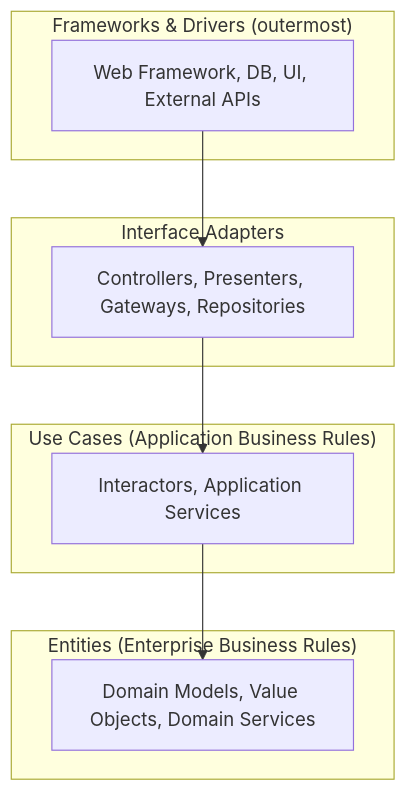
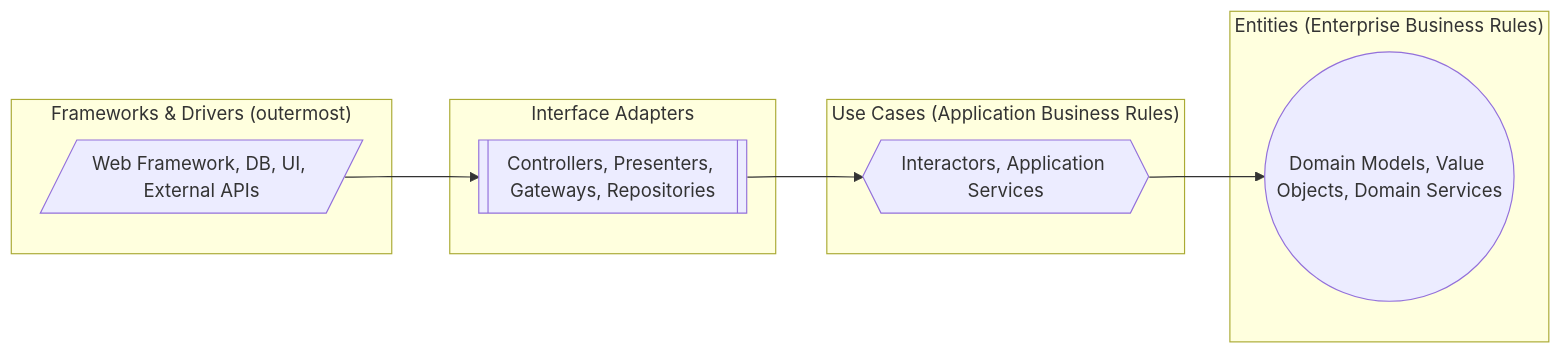
The first of 4 diagrams in docs/misc/clean-architecture.md (saivamsikaruturi/vamsilabs-dev-notes-main), drawn with Mermaid before and after one commit. The commit also changed 146 other files, not shown here.

Commit message:
Horizontal diagrams, UML class diagrams, typography overhaul, and permalink cleanup

````diff
--- a/docs/misc/clean-architecture.md
+++ b/docs/misc/clean-architecture.md
@@ -18,19 +18,19 @@
 ```mermaid
-graph TB
+flowchart LR
     subgraph "Frameworks & Drivers (outermost)"
-        FW[Web Framework, DB, UI, External APIs]
+        FW[/"Web Framework, DB, UI, External APIs"/]
     end
     subgraph "Interface Adapters"
-        IA[Controllers, Presenters, Gateways, Repositories]
+        IA[["Controllers, Presenters, Gateways, Repositories"]]
     end
     subgraph "Use Cases (Application Business Rules)"
-        UC[Interactors, Application Services]
+        UC{{"Interactors, Application Services"}}
     end
     subgraph "Entities (Enterprise Business Rules)"
-        E[Domain Models, Value Objects, Domain Services]
+        E(("Domain Models, Value Objects, Domain Services"))
     end
 
     FW --> IA
     IA --> UC
     UC --> E
 ```
````
